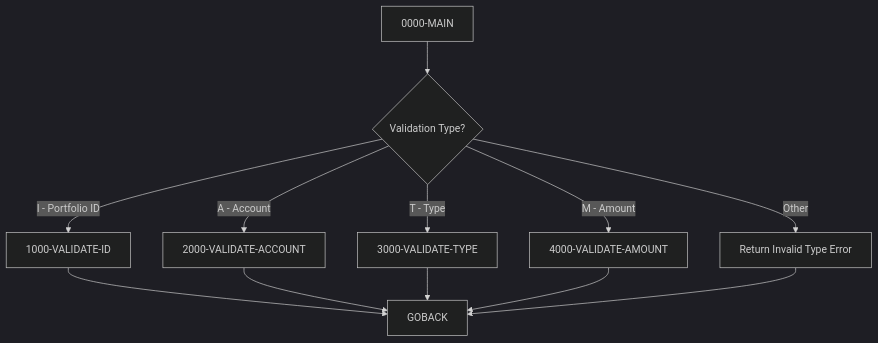
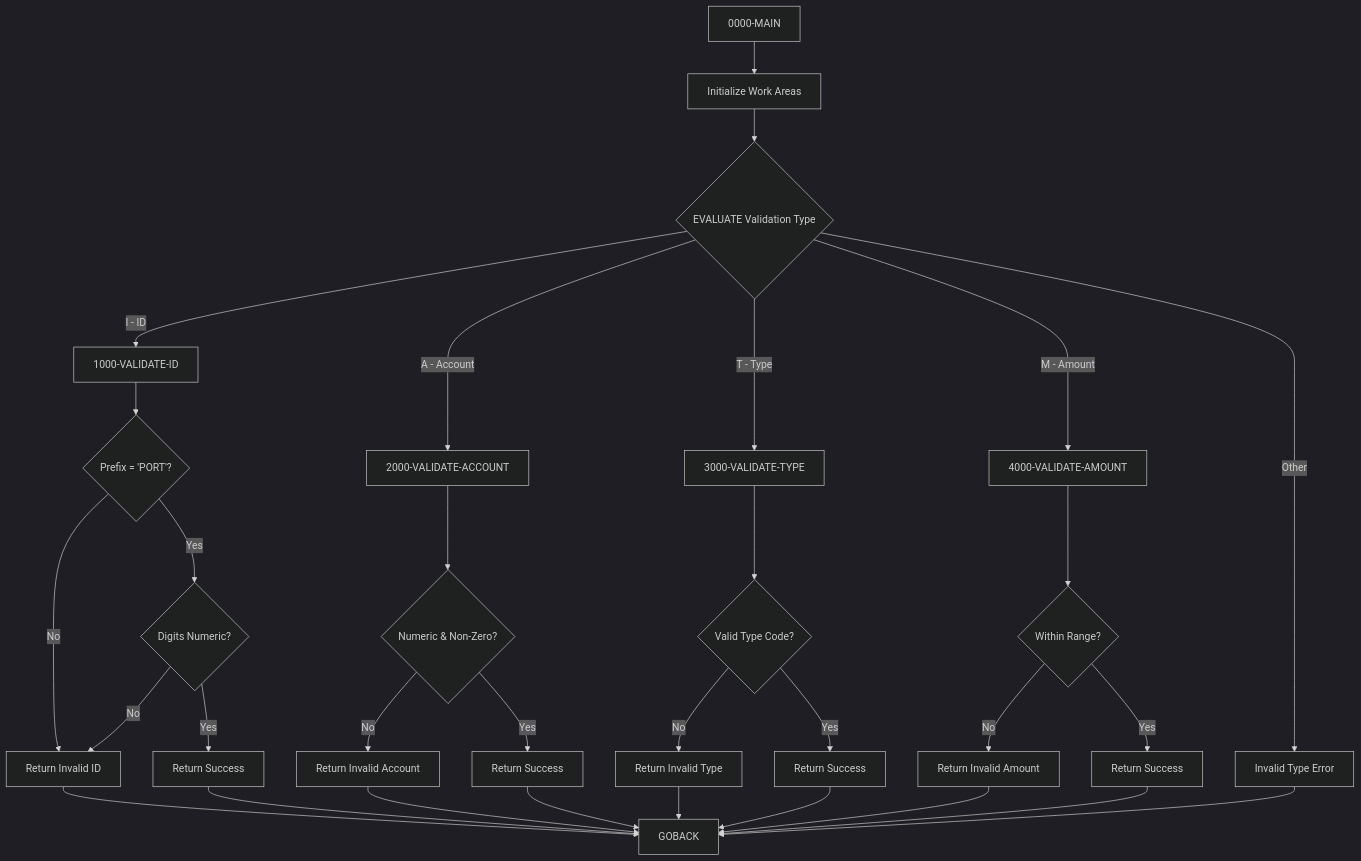
One commit to haladir-com/legacy-benchmark-docs-vb70e1 changed the diagram in docs/programs/PORTVALD.mdx. Above: the diagram before and after it, drawn with Mermaid (dark theme). The commit also changed other lines of this file and 63 other files, not shown here.

````diff
--- a/docs/programs/PORTVALD.mdx
+++ b/docs/programs/PORTVALD.mdx
@@ -20,16 +19,39 @@
 ```mermaid
 graph TD
-    A[0000-MAIN] --> B{Validation Type?}
+    A[0000-MAIN] --> B[Initialize Work Areas]
+    B --> C{EVALUATE Validation Type}
     
-    B -->|I - Portfolio ID| C[1000-VALIDATE-ID]
-    B -->|A - Account| D[2000-VALIDATE-ACCOUNT]
-    B -->|T - Type| E[3000-VALIDATE-TYPE]
-    B -->|M - Amount| F[4000-VALIDATE-AMOUNT]
-    B -->|Other| G[Return Invalid Type Error]
+    C -->|I - ID| D[1000-VALIDATE-ID]
+    C -->|A - Account| E[2000-VALIDATE-ACCOUNT]
+    C -->|T - Type| F[3000-VALIDATE-TYPE]
+    C -->|M - Amount| G[4000-VALIDATE-AMOUNT]
+    C -->|Other| H[Invalid Type Error]
     
-    C --> H[GOBACK]
-    D --> H
-    E --> H
-    F --> H
-    G --> H
+    D --> D1{Prefix = 'PORT'?}
+    D1 -->|No| D2[Return Invalid ID]
+    D1 -->|Yes| D3{Digits Numeric?}
+    D3 -->|No| D2
+    D3 -->|Yes| D4[Return Success]
+    
+    E --> E1{Numeric & Non-Zero?}
+    E1 -->|No| E2[Return Invalid Account]
+    E1 -->|Yes| E3[Return Success]
+    
+    F --> F1{Valid Type Code?}
+    F1 -->|No| F2[Return Invalid Type]
+    F1 -->|Yes| F3[Return Success]
+    
+    G --> G1{Within Range?}
+    G1 -->|No| G2[Return Invalid Amount]
+    G1 -->|Yes| G3[Return Success]
+    
+    D2 --> I[GOBACK]
+    D4 --> I
+    E2 --> I
+    E3 --> I
+    F2 --> I
+    F3 --> I
+    G2 --> I
+    G3 --> I
+    H --> I
 ```
````
